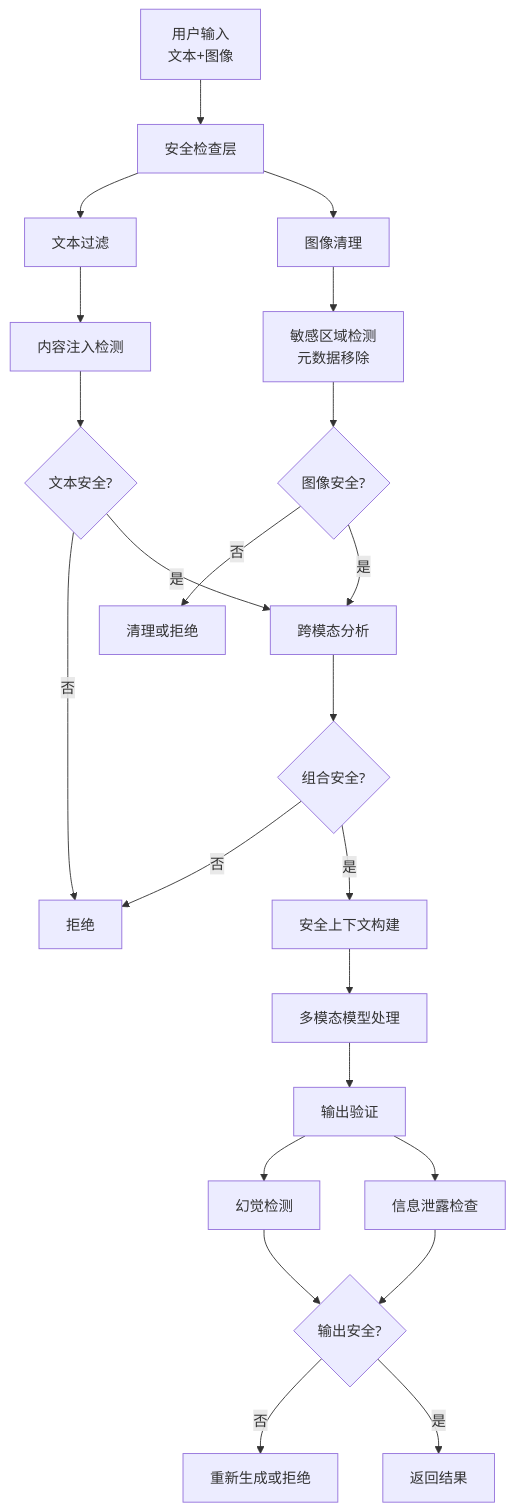
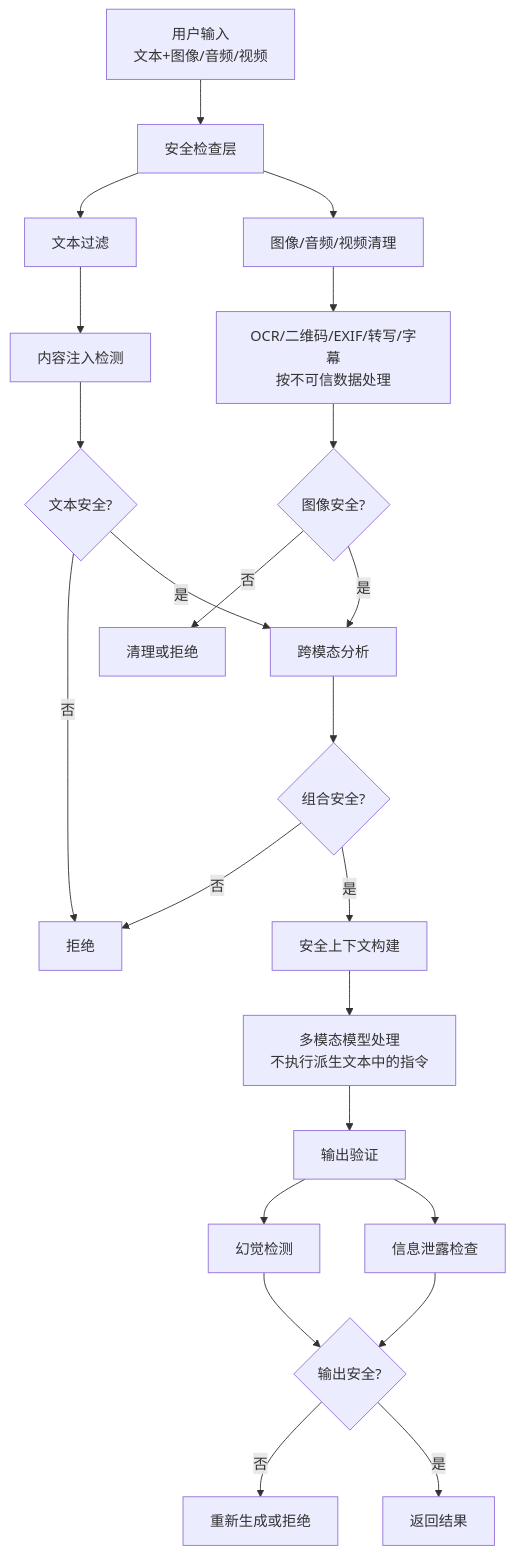
The first of 2 diagrams in 10_advanced/10.7_multimodal_context_security.md (yeasy/context_engineering_guide), drawn with Mermaid before and after one commit. The commit also changed other lines of this file and 33 other files, not shown here.

````diff
--- a/10_advanced/10.7_multimodal_context_security.md
+++ b/10_advanced/10.7_multimodal_context_security.md
@@ -526,35 +528,35 @@
 ```mermaid
 graph TB
-    A["用户输入<br/>文本+图像"] --> B["安全检查层"]
+    A["用户输入<br/>文本+图像/音频/视频"] --> B["安全检查层"]
 
     B --> C["文本过滤"]
-    B --> D["图像清理"]
+    B --> D["图像/音频/视频清理"]
 
     C --> E["内容注入检测"]
-    D --> F["敏感区域检测<br/>元数据移除"]
+    D --> F["OCR/二维码/EXIF/转写/字幕<br/>按不可信数据处理"]
 
     E --> G{"文本安全?"}
     F --> H{"图像安全?"}
 
     G -->|"否"| I["拒绝"]
     H -->|"否"| J["清理或拒绝"]
 
     G -->|"是"| K["跨模态分析"]
     H -->|"是"| K
 
     K --> L{"组合安全?"}
     L -->|"否"| I
     L -->|"是"| M["安全上下文构建"]
 
-    M --> N["多模态模型处理"]
+    M --> N["多模态模型处理<br/>不执行派生文本中的指令"]
 
     N --> O["输出验证"]
     O --> P["幻觉检测"]
     O --> Q["信息泄露检查"]
 
     P --> R{"输出安全?"}
     Q --> R
 
     R -->|"否"| S["重新生成或拒绝"]
     R -->|"是"| T["返回结果"]
 ```
````
